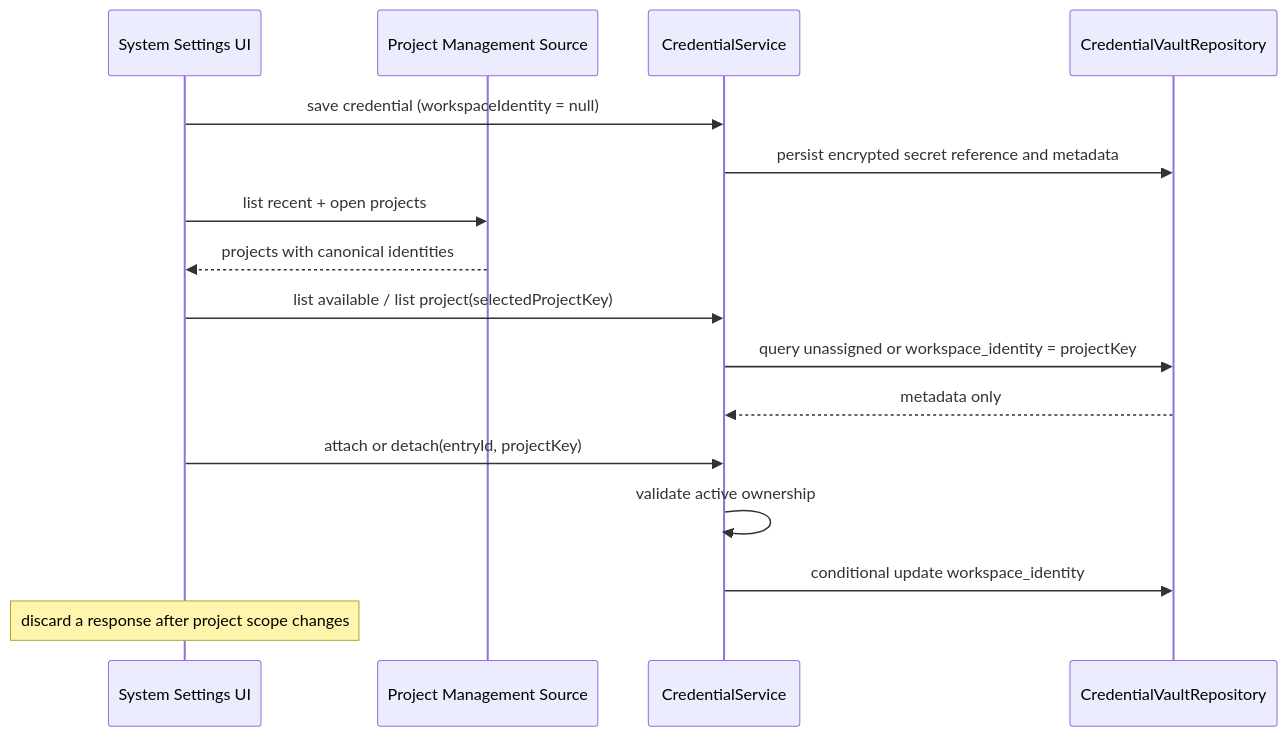
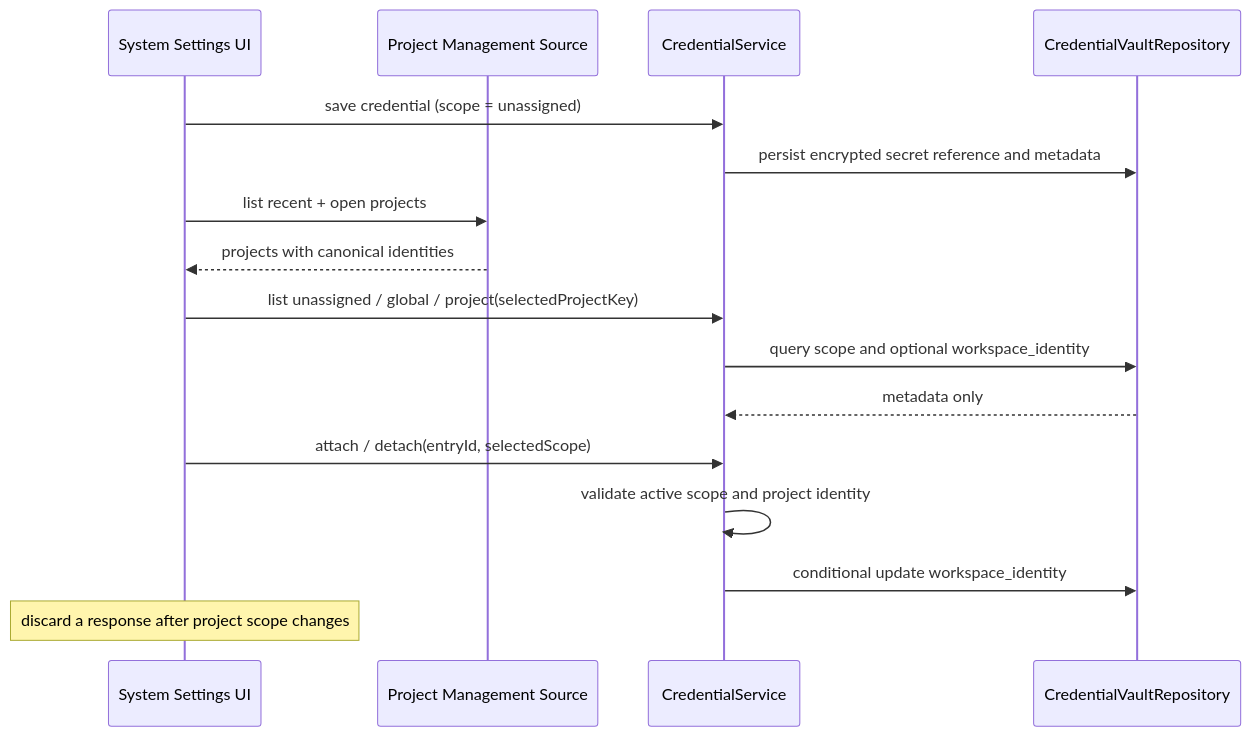
The diagram in packages/ui/specs/project-credential-scope.md (caiqiqqq/CodeVori), drawn with Mermaid before and after one commit. The commit also changed other lines of this file and 14 other files, not shown here.

````diff
--- a/packages/ui/specs/project-credential-scope.md
+++ b/packages/ui/specs/project-credential-scope.md
@@ -27,18 +31,18 @@
 ```mermaid
 sequenceDiagram
     participant UI as System Settings UI
     participant Projects as Project Management Source
     participant Host as CredentialService
     participant Repo as CredentialVaultRepository
-    UI->>Host: save credential (workspaceIdentity = null)
+    UI->>Host: save credential (scope = unassigned)
     Host->>Repo: persist encrypted secret reference and metadata
     UI->>Projects: list recent + open projects
     Projects-->>UI: projects with canonical identities
-    UI->>Host: list available / list project(selectedProjectKey)
-    Host->>Repo: query unassigned or workspace_identity = projectKey
+    UI->>Host: list unassigned / global / project(selectedProjectKey)
+    Host->>Repo: query scope and optional workspace_identity
     Repo-->>Host: metadata only
-    UI->>Host: attach or detach(entryId, projectKey)
-    Host->>Host: validate active ownership
+    UI->>Host: attach / detach(entryId, selectedScope)
+    Host->>Host: validate active scope and project identity
     Host->>Repo: conditional update workspace_identity
     Note over UI: discard a response after project scope changes
 ```
````
